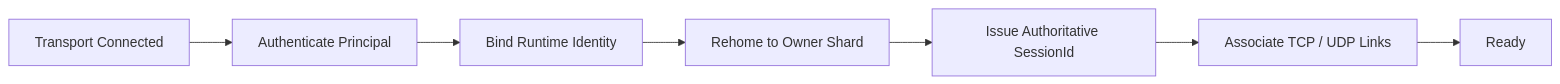
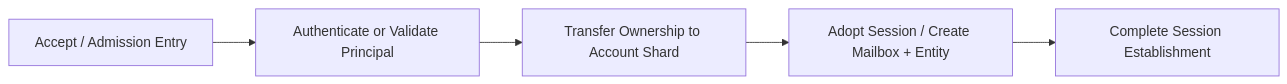
The first of 3 diagrams in content/Projects/Jam/Networking/01. Connection and Session Lifecycle.md (akxotjr/akxotjr.github.io), drawn with Mermaid before and after one commit. The commit also changed other lines of this file and 34 other files, not shown here.

````diff
--- a/content/Projects/Jam/Networking/01. Connection and Session Lifecycle.md
+++ b/content/Projects/Jam/Networking/01. Connection and Session Lifecycle.md
@@ -26,12 +26,7 @@
 ```mermaid
 flowchart LR
-    Connected["Transport Connected"]
-    Auth["Authenticate Principal"]
-    Identity["Bind Runtime Identity"]
-    Rehome["Rehome to Owner Shard"]
-    Session["Issue Authoritative SessionId"]
-    Links["Associate TCP / UDP Links"]
-    Ready["Ready"]
-
-    Connected --> Auth --> Identity --> Rehome --> Session --> Links --> Ready
+    Admission["Accept / Admission Entry"] --> Auth["Authenticate or Validate Principal"]
+    Auth --> Promote["Transfer Ownership to Account Shard"]
+    Promote --> Session["Adopt Session / Create Mailbox + Entity"]
+    Session --> Established["Complete Session Establishment"]
 ```
````
